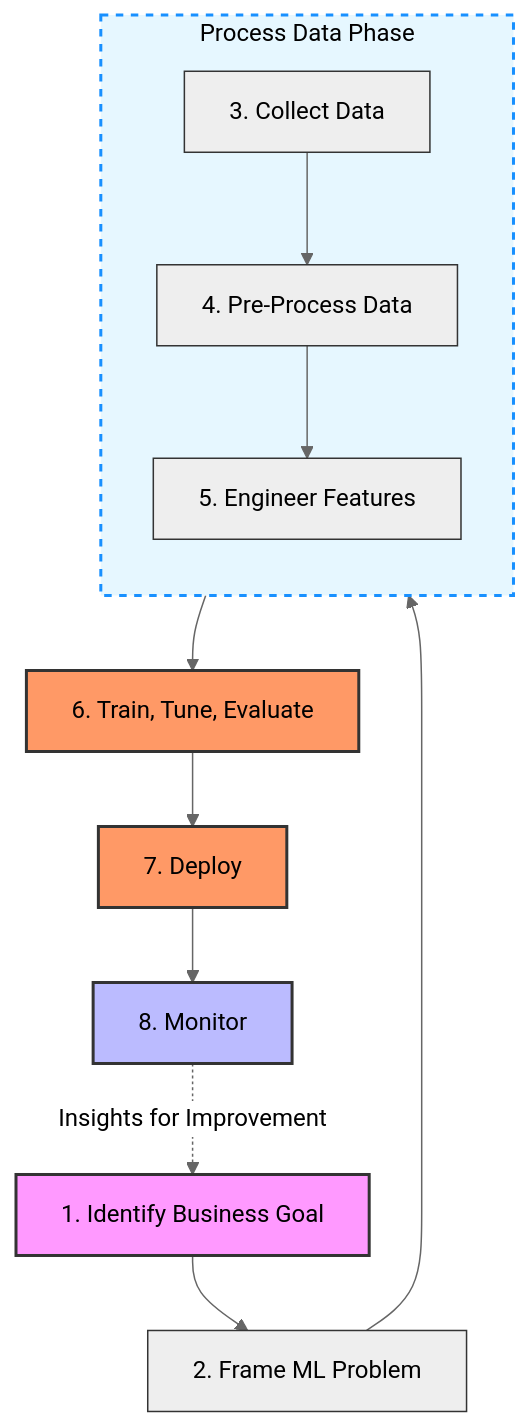
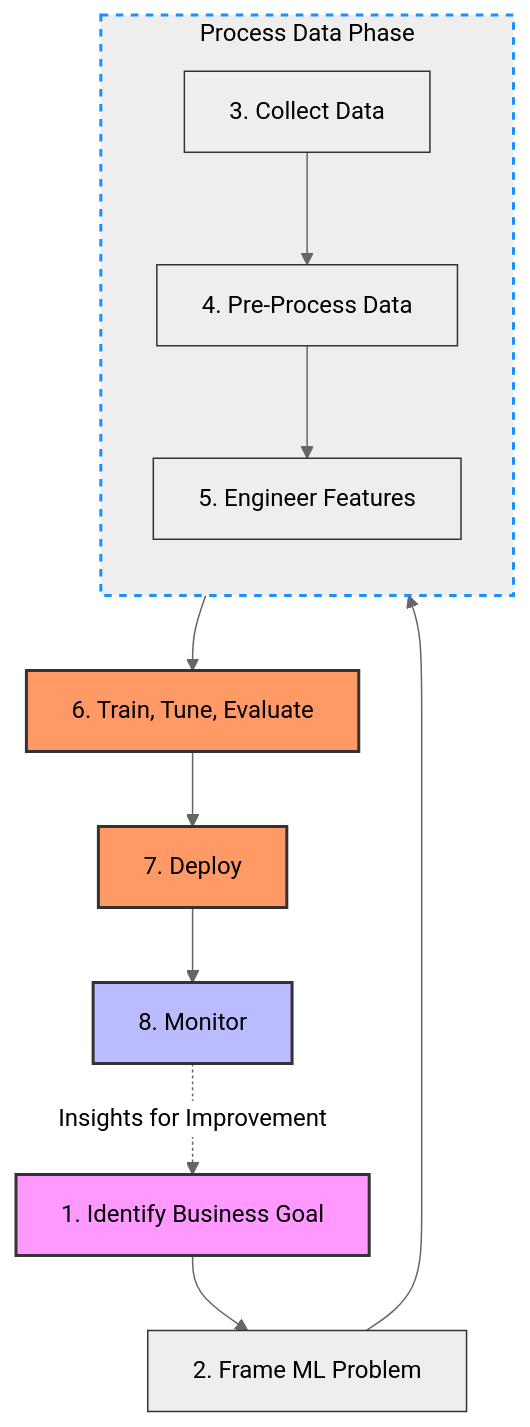
Before and after one commit to WarpSector/AWS-Enablement: the diagram in AI-Practitioner/Domain-1-Fundamentals-ML-AI/1E-ML-Lifecycle-Source-Deploy-Ops.md, drawn with Mermaid (neutral theme). The commit also changed other lines of this file, not shown here.

````diff
--- a/AI-Practitioner/Domain-1-Fundamentals-ML-AI/1E-ML-Lifecycle-Source-Deploy-Ops.md
+++ b/AI-Practitioner/Domain-1-Fundamentals-ML-AI/1E-ML-Lifecycle-Source-Deploy-Ops.md
@@ -33,36 +65,36 @@
 ```mermaid
 graph TD
     %% Nodes outside the process box
     Goal[1. Identify Business Goal] --> Frame[2. Frame ML Problem]
     
     %% Explicitly connect Frame to the start of the subgraph
     Frame --> Collect
 
     %% Subgraph for Data Processing Callout (Strictly 3-5)
     subgraph Process_Data ["Process Data Phase"]
         direction TB
         Collect[3. Collect Data] --> Pre[4. Pre-Process Data]
         Pre --> Eng[5. Engineer Features]
     end
 
     %% Connect out of the subgraph
     Eng --> Train[6. Train, Tune, Evaluate]
     Train --> Deploy[7. Deploy]
     Deploy --> Monitor[8. Monitor]
 
     %% Feedback Loop
     Monitor -.-> |Insights for Improvement| Goal
 
     %% Node Styling
     style Goal fill:#f9f,stroke:#333,stroke-width:2px,color:#000
     style Train fill:#f96,stroke:#333,stroke-width:2px,color:#000
     style Deploy fill:#f96,stroke:#333,stroke-width:2px,color:#000
     style Monitor fill:#bbf,stroke:#333,stroke-width:2px,color:#000
     style Frame fill:#eee,stroke:#333,color:#000
     style Collect fill:#eee,stroke:#333,color:#000
     style Pre fill:#eee,stroke:#333,color:#000
     style Eng fill:#eee,stroke:#333,color:#000
 
     %% Subgraph Callout Styling
-    style Process_Data fill:#e6f7ff,stroke:#1890ff,stroke-width:2px,stroke-dasharray: 5 5,color:#000
+    style Process_Data fill:#eeeeee,stroke:#1890ff,stroke-width:2px,stroke-dasharray: 5 5,color:#000
 ```
````
